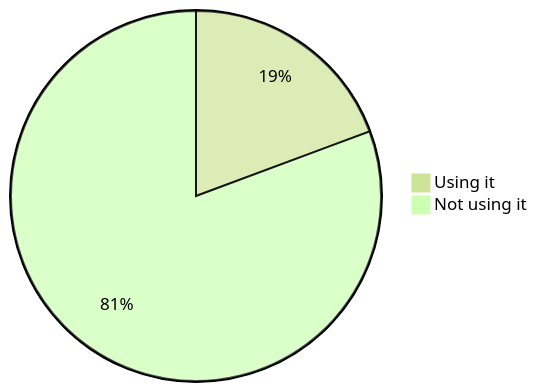
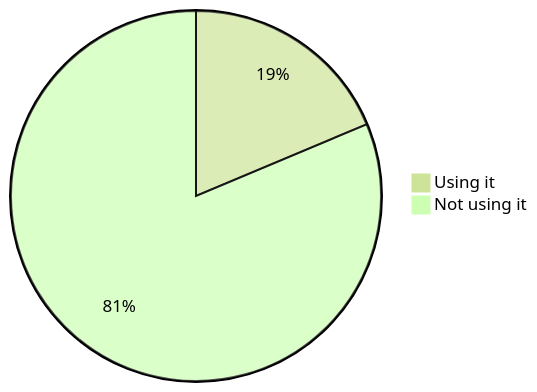
One commit to oshp/oshp-stats changed diagram 15 of 22 in stats.md. Above: the diagram before and after it, drawn with Mermaid (forest theme). The commit also changed other lines of this file, not shown here.

````diff
--- a/stats.md
+++ b/stats.md
@@ -178,6 +178,6 @@
 ```mermaid
 pie
-	"Using it" : 19.33
-	"Not using it" : 80.67
+	"Using it" : 18.67
+	"Not using it" : 81.33
 
 ```
````
